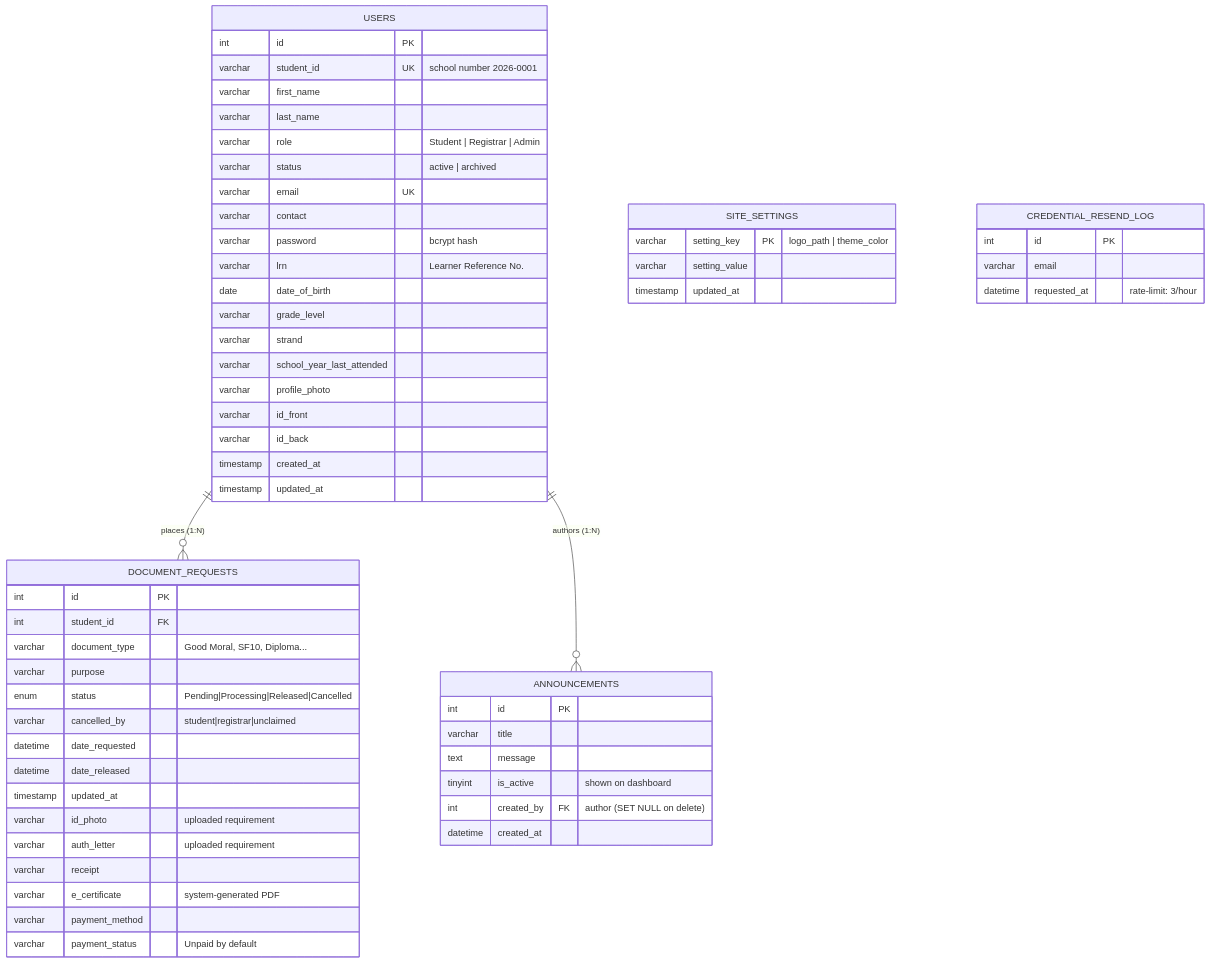
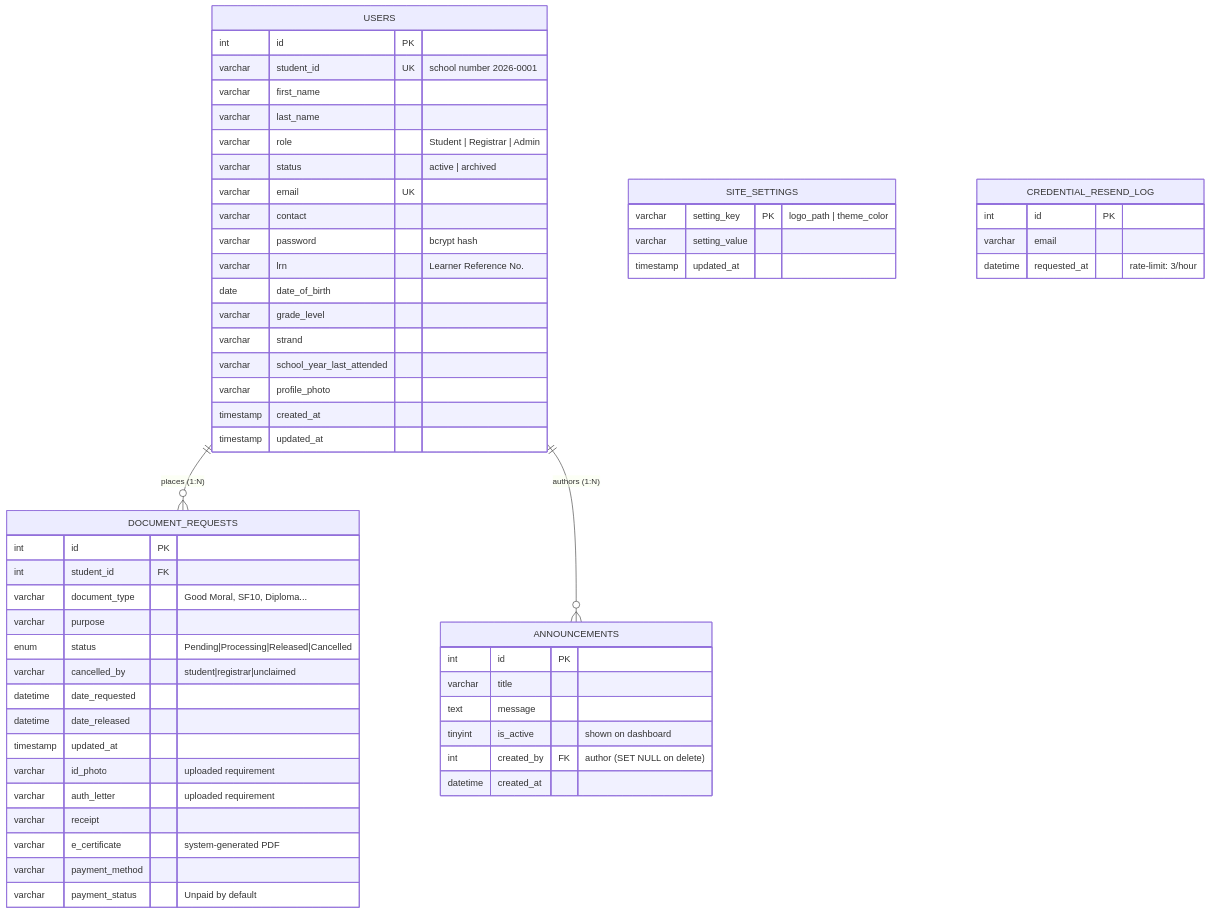
One commit to willmercayadong423-png/CAPSTON changed the diagram in database/ER-diagram.mmd. Above: the diagram before and after it, drawn with Mermaid. The commit also changed 11 other files, not shown here.

```diff
--- a/database/ER-diagram.mmd
+++ b/database/ER-diagram.mmd
@@ -1,64 +1,62 @@
 erDiagram
     USERS ||--o{ DOCUMENT_REQUESTS : "places (1:N)"
     USERS ||--o{ ANNOUNCEMENTS : "authors (1:N)"
 
     USERS {
         int id PK
         varchar student_id UK "school number 2026-0001"
         varchar first_name
         varchar last_name
         varchar role "Student | Registrar | Admin"
         varchar status "active | archived"
         varchar email UK
         varchar contact
         varchar password "bcrypt hash"
         varchar lrn "Learner Reference No."
         date date_of_birth
         varchar grade_level
         varchar strand
         varchar school_year_last_attended
         varchar profile_photo
-        varchar id_front
-        varchar id_back
         timestamp created_at
         timestamp updated_at
     }
 
     DOCUMENT_REQUESTS {
         int id PK
         int student_id FK
         varchar document_type "Good Moral, SF10, Diploma..."
         varchar purpose
         enum status "Pending|Processing|Released|Cancelled"
         varchar cancelled_by "student|registrar|unclaimed"
         datetime date_requested
         datetime date_released
         timestamp updated_at
         varchar id_photo "uploaded requirement"
         varchar auth_letter "uploaded requirement"
         varchar receipt
         varchar e_certificate "system-generated PDF"
         varchar payment_method
         varchar payment_status "Unpaid by default"
     }
 
     ANNOUNCEMENTS {
         int id PK
         varchar title
         text message
         tinyint is_active "shown on dashboard"
         int created_by FK "author (SET NULL on delete)"
         datetime created_at
     }
 
     SITE_SETTINGS {
         varchar setting_key PK "logo_path | theme_color"
         varchar setting_value
         timestamp updated_at
     }
 
     CREDENTIAL_RESEND_LOG {
         int id PK
         varchar email
         datetime requested_at "rate-limit: 3/hour"
     }
```
